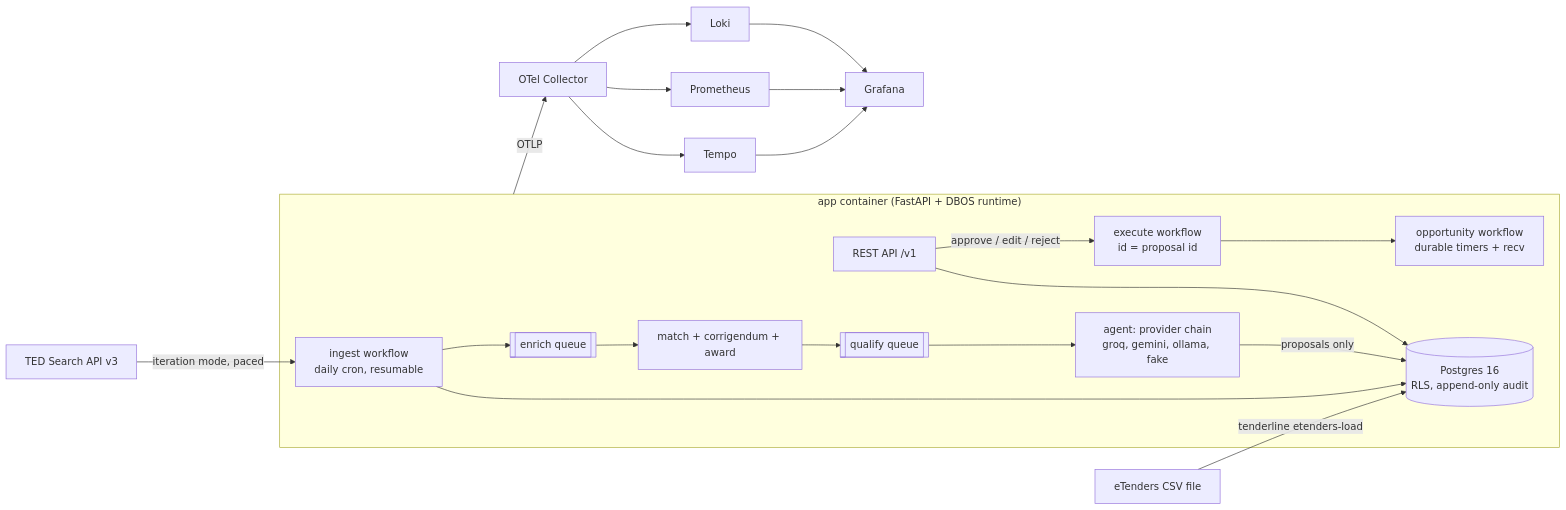
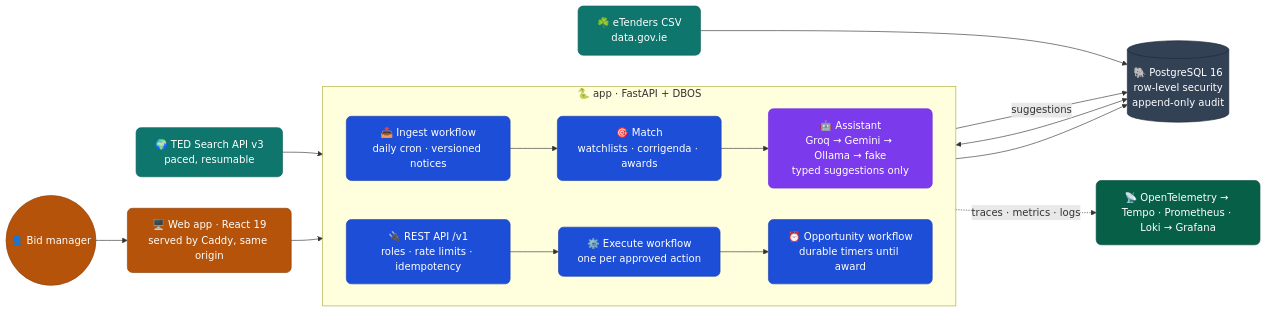
One commit to abinashprasana/tenderline changed the first of 4 diagrams in README.md. Above: the diagram before and after it, drawn with Mermaid. The commit also changed other lines of this file, not shown here.

Commit message:
Rewrite README: badges, quick stats, richer diagrams, screen tour and guardrails

````diff
--- a/README.md
+++ b/README.md
@@ -10,18 +62,37 @@
 ```mermaid
 flowchart LR
-  TED[TED Search API v3] -->|iteration mode, paced| ING
-  CSV[eTenders CSV file] -->|tenderline etenders-load| DB
-  subgraph App["app container (FastAPI + DBOS runtime)"]
-    API[REST API /v1] --> DB[(Postgres 16<br/>RLS, append-only audit)]
-    ING[ingest workflow<br/>daily cron, resumable] --> DB
-    ING --> Q1[[enrich queue]]
-    Q1 --> M[match + corrigendum + award]
-    M --> Q2[[qualify queue]]
-    Q2 --> AG[agent: provider chain<br/>groq, gemini, ollama, fake]
-    AG -->|proposals only| DB
-    API -->|approve / edit / reject| EX[execute workflow<br/>id = proposal id]
-    EX --> OPP[opportunity workflow<br/>durable timers + recv]
-  end
-  App -->|OTLP| OC[OTel Collector]
-  OC --> T[Tempo] & P[Prometheus] & L[Loki] --> G[Grafana]
+    classDef src    fill:#0f766e,color:#fff,stroke:#115e59,rx:8
+    classDef flow   fill:#1d4ed8,color:#fff,stroke:#1e40af,rx:8
+    classDef ai     fill:#7c3aed,color:#fff,stroke:#6d28d9,rx:8
+    classDef human  fill:#b45309,color:#fff,stroke:#92400e,rx:8
+    classDef store  fill:#334155,color:#fff,stroke:#1e293b,rx:8
+    classDef obs    fill:#065f46,color:#fff,stroke:#064e3b,rx:8
+
+    TED["🌍 TED Search API v3<br/>paced, resumable"]:::src
+    CSV["☘️ eTenders CSV<br/>data.gov.ie"]:::src
+
+    subgraph APP["🐍 app · FastAPI + DBOS"]
+        direction LR
+        ING["📥 Ingest workflow<br/>daily cron · versioned notices"]:::flow
+        MATCH["🎯 Match<br/>watchlists · corrigenda · awards"]:::flow
+        QUAL["🤖 Assistant<br/>Groq → Gemini → Ollama → fake<br/>typed suggestions only"]:::ai
+        API["🔌 REST API /v1<br/>roles · rate limits · idempotency"]:::flow
+        EXEC["⚙️ Execute workflow<br/>one per approved action"]:::flow
+        OPP["⏰ Opportunity workflow<br/>durable timers until award"]:::flow
+        ING --> MATCH --> QUAL
+        API --> EXEC --> OPP
+    end
+
+    WEB["🖥️ Web app · React 19<br/>served by Caddy, same origin"]:::human
+    PERSON(("👤 Bid manager")):::human
+    DB[("🐘 PostgreSQL 16<br/>row-level security<br/>append-only audit")]:::store
+    OTEL["📡 OpenTelemetry → Tempo · Prometheus · Loki → Grafana"]:::obs
+
+    TED --> ING
+    CSV --> DB
+    QUAL -- "suggestions" --> DB
+    PERSON --> WEB --> API
+    API <--> DB
+    OPP --> DB
+    APP -. "traces · metrics · logs" .-> OTEL
 ```
````
